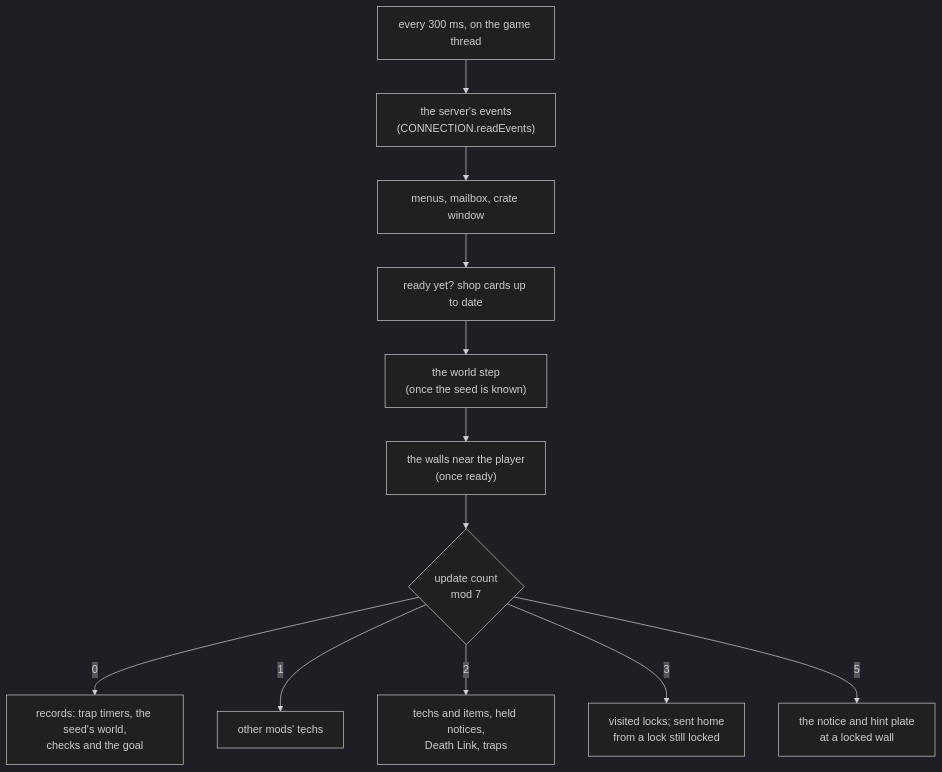
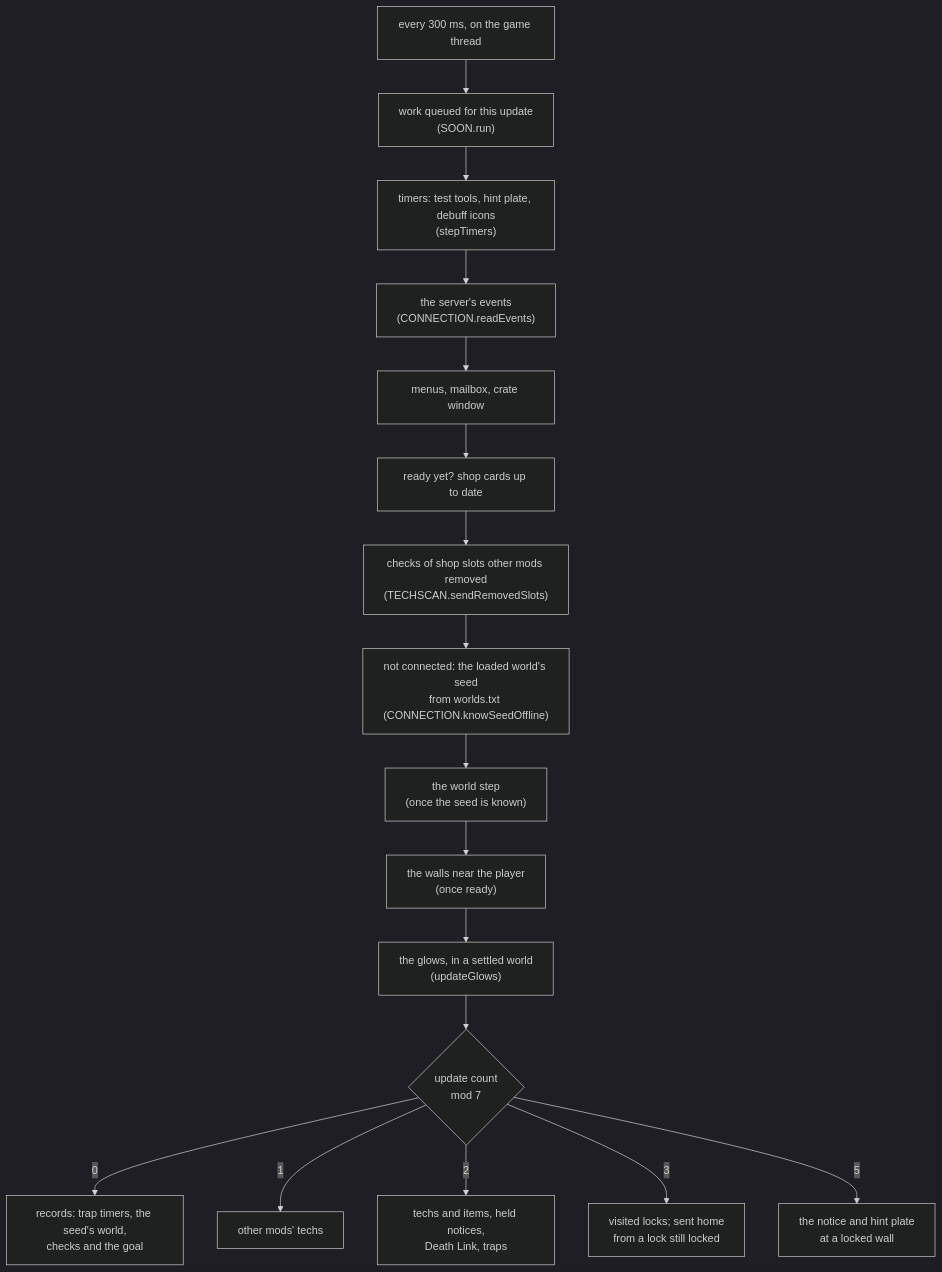
Before and after one commit to JustEyeTea/Palworld-Archipelago-Randomizer: the sixth of 13 diagrams in docs/architecture.md, drawn with Mermaid (dark theme). The commit also changed other lines of this file and 55 other files, not shown here.

````diff
--- a/docs/architecture.md
+++ b/docs/architecture.md
@@ -442,14 +458,19 @@
 ```mermaid
 flowchart TD
-  T["every 300 ms, on the game thread"] --> E["the server's events<br/>(CONNECTION.readEvents)"]
+  T["every 300 ms, on the game thread"] --> SO["work queued for this update<br/>(SOON.run)"]
+  SO --> TM["timers: test tools, hint plate, debuff icons<br/>(stepTimers)"]
+  TM --> E["the server's events<br/>(CONNECTION.readEvents)"]
   E --> W["menus, mailbox, crate window"]
   W --> R["ready yet? shop cards up to date"]
-  R --> WS["the world step<br/>(once the seed is known)"]
+  R --> RS["checks of shop slots other mods removed<br/>(TECHSCAN.sendRemovedSlots)"]
+  RS --> KO["not connected: the loaded world's seed<br/>from worlds.txt (CONNECTION.knowSeedOffline)"]
+  KO --> WS["the world step<br/>(once the seed is known)"]
   WS --> AL["the walls near the player<br/>(once ready)"]
-  AL --> PH{"update count<br/>mod 7"}
+  AL --> GL["the glows, in a settled world<br/>(updateGlows)"]
+  GL --> PH{"update count<br/>mod 7"}
   PH -->|0| P0["records: trap timers, the seed's world,<br/>checks and the goal"]
   PH -->|1| P1["other mods' techs"]
   PH -->|2| P2["techs and items, held notices,<br/>Death Link, traps"]
   PH -->|3| P3["visited locks; sent home<br/>from a lock still locked"]
   PH -->|5| P5["the notice and hint plate<br/>at a locked wall"]
 ```
````
